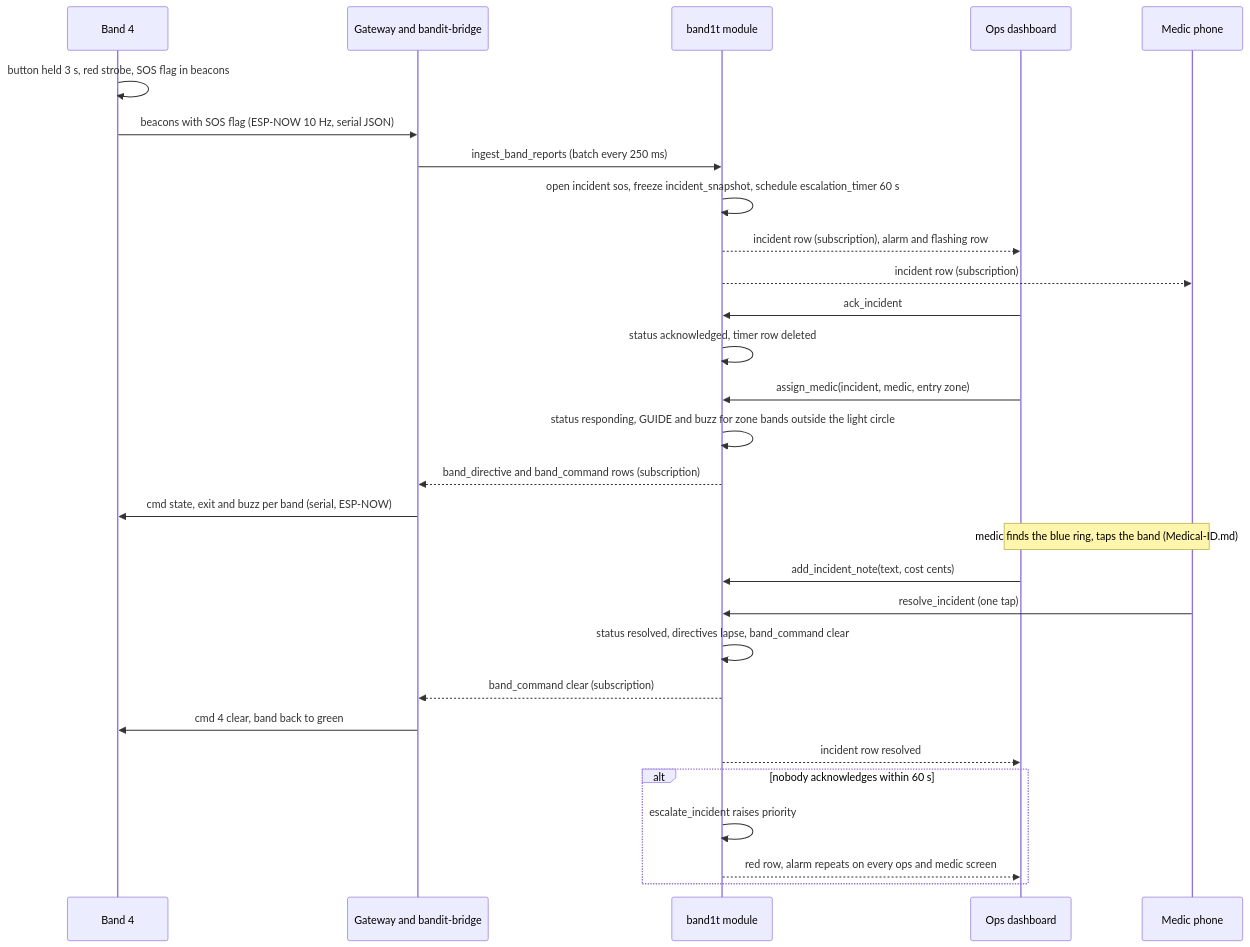
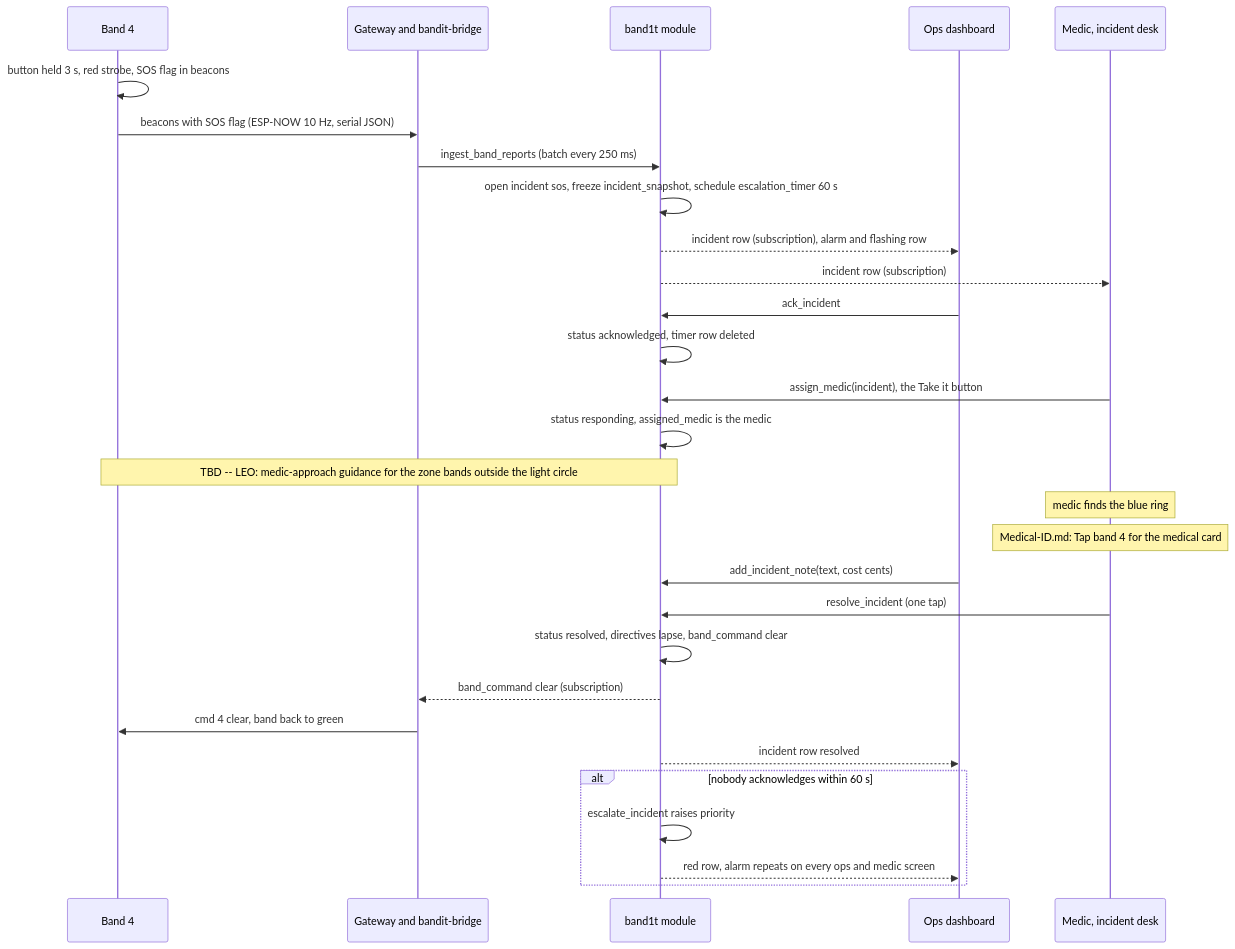
The second of 4 diagrams in System Design/5-apps/Ops-Dashboard.md (viktorinkov/cal-hacks-13), drawn with Mermaid before and after one commit. The commit also changed other lines of this file and 20 other files, not shown here.

Commit message:
Medical card, wallet step and Leo's parts match vik-e2e

````diff
--- a/System Design/5-apps/Ops-Dashboard.md
+++ b/System Design/5-apps/Ops-Dashboard.md
@@ -182,31 +191,31 @@
 ```mermaid
 sequenceDiagram
     participant Band as Band 4
     participant Bridge as Gateway and bandit-bridge
     participant Mod as band1t module
     participant Ops as Ops dashboard
-    participant Medic as Medic phone
+    participant Medic as Medic, incident desk
     Band->>Band: button held 3 s, red strobe, SOS flag in beacons
     Band->>Bridge: beacons with SOS flag (ESP-NOW 10 Hz, serial JSON)
     Bridge->>Mod: ingest_band_reports (batch every 250 ms)
     Mod->>Mod: open incident sos, freeze incident_snapshot, schedule escalation_timer 60 s
     Mod-->>Ops: incident row (subscription), alarm and flashing row
     Mod-->>Medic: incident row (subscription)
     Ops->>Mod: ack_incident
     Mod->>Mod: status acknowledged, timer row deleted
-    Ops->>Mod: assign_medic(incident, medic, entry zone)
-    Mod->>Mod: status responding, GUIDE and buzz for zone bands outside the light circle
-    Mod-->>Bridge: band_directive and band_command rows (subscription)
-    Bridge->>Band: cmd state, exit and buzz per band (serial, ESP-NOW)
-    Note over Ops,Medic: medic finds the blue ring, taps the band (Medical-ID.md)
+    Medic->>Mod: assign_medic(incident), the Take it button
+    Mod->>Mod: status responding, assigned_medic is the medic
+    Note over Mod,Band: TBD -- LEO: medic-approach guidance for the zone bands outside the light circle
+    Note over Medic: medic finds the blue ring
+    Note over Medic: Medical-ID.md: Tap band 4 for the medical card
     Ops->>Mod: add_incident_note(text, cost cents)
     Medic->>Mod: resolve_incident (one tap)
     Mod->>Mod: status resolved, directives lapse, band_command clear
     Mod-->>Bridge: band_command clear (subscription)
     Bridge->>Band: cmd 4 clear, band back to green
     Mod-->>Ops: incident row resolved
     alt nobody acknowledges within 60 s
         Mod->>Mod: escalate_incident raises priority
         Mod-->>Ops: red row, alarm repeats on every ops and medic screen
     end
 ```
````
